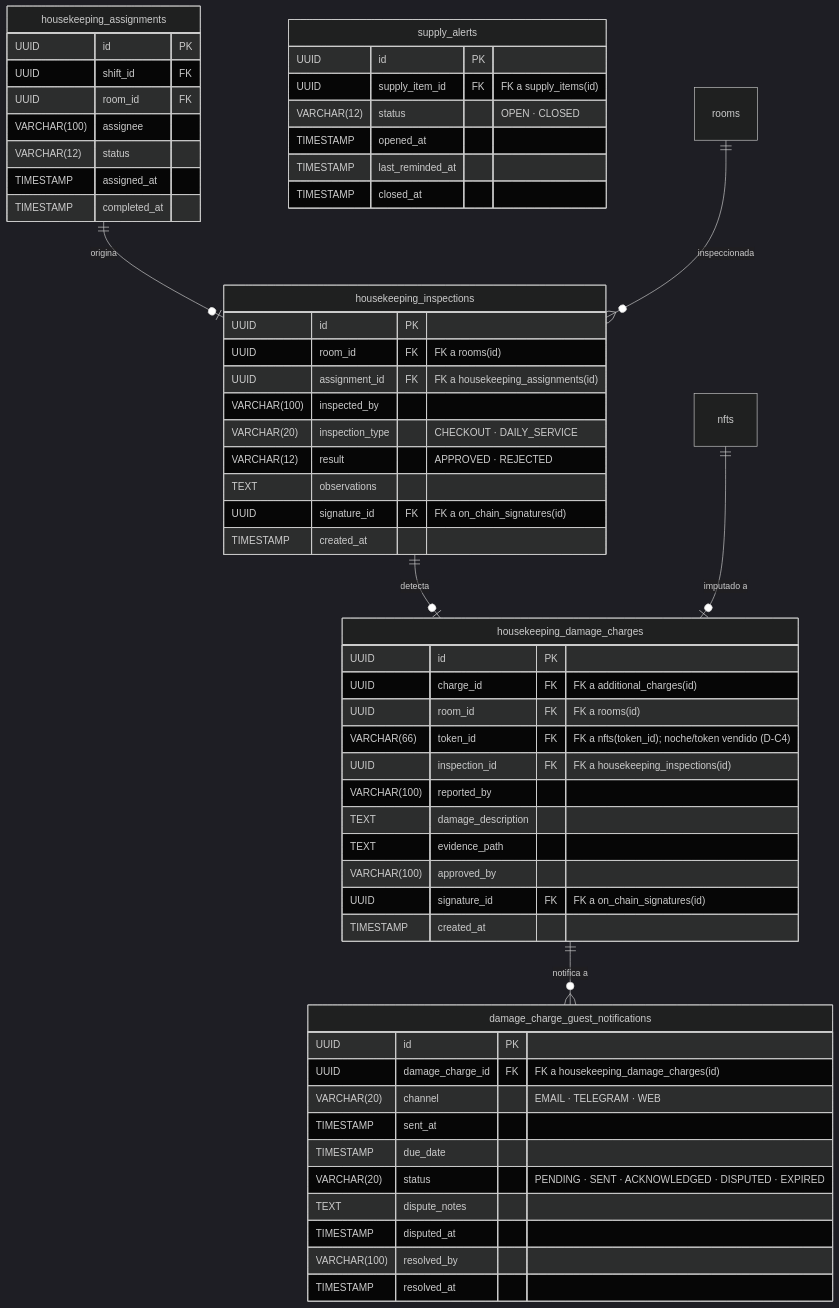
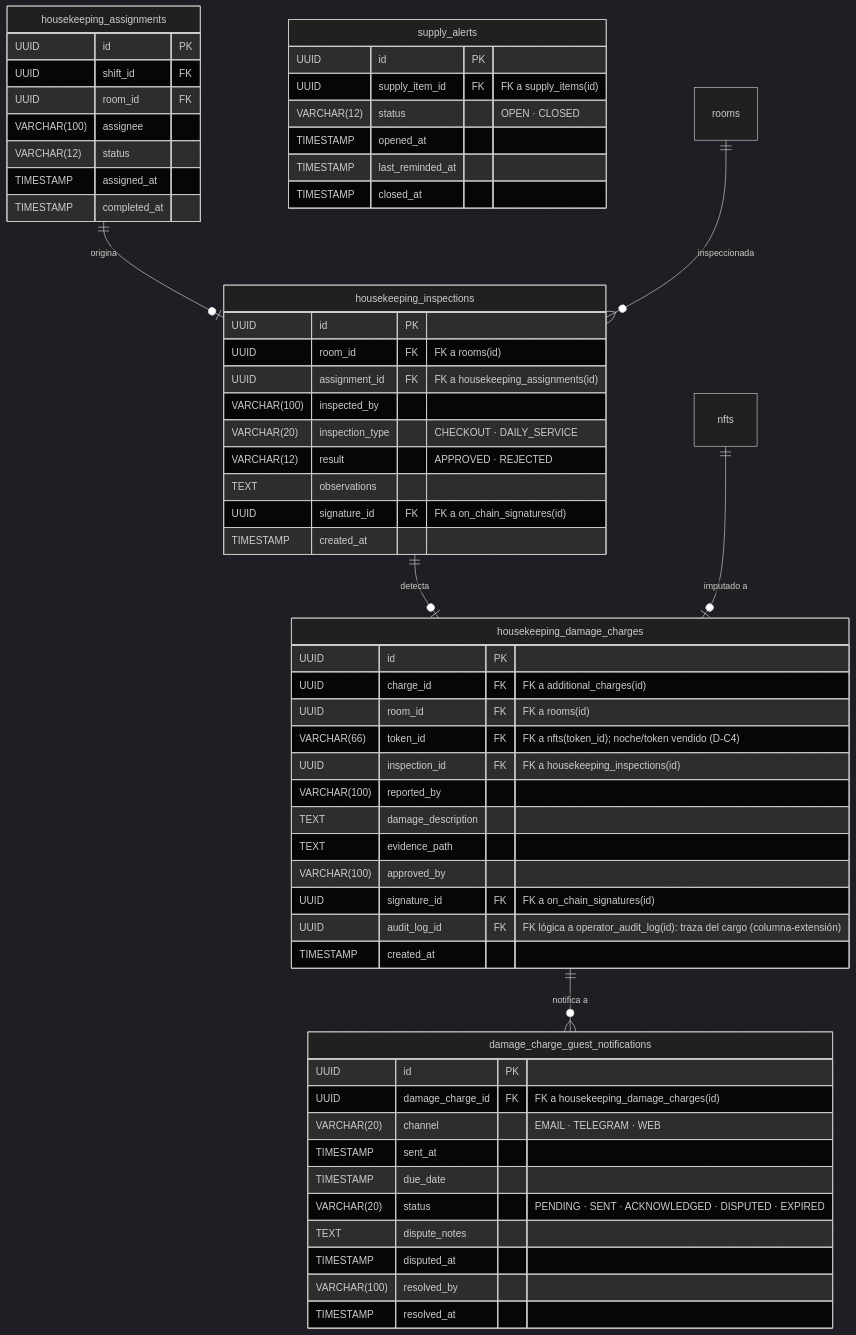
Before and after one commit to anlucorporations/hotel-room-mcp-trazable: the fifth of 5 diagrams in RepoTecnico/propuesta_vNext/diagrama_er.md, drawn with Mermaid (dark theme). The commit also changed other lines of this file and 19 other files, not shown here.

````diff
--- a/RepoTecnico/propuesta_vNext/diagrama_er.md
+++ b/RepoTecnico/propuesta_vNext/diagrama_er.md
@@ -248,66 +249,67 @@
 ```mermaid
 erDiagram
     housekeeping_assignments {
         UUID id PK
         UUID shift_id FK
         UUID room_id FK
         VARCHAR(100) assignee
         VARCHAR(12) status
         TIMESTAMP assigned_at
         TIMESTAMP completed_at
     }
 
     housekeeping_inspections {
         UUID id PK
         UUID room_id FK "FK a rooms(id)"
         UUID assignment_id FK "FK a housekeeping_assignments(id)"
         VARCHAR(100) inspected_by
         VARCHAR(20) inspection_type "CHECKOUT · DAILY_SERVICE"
         VARCHAR(12) result "APPROVED · REJECTED"
         TEXT observations
         UUID signature_id FK "FK a on_chain_signatures(id)"
         TIMESTAMP created_at
     }
 
     housekeeping_damage_charges {
         UUID id PK
         UUID charge_id FK "FK a additional_charges(id)"
         UUID room_id FK "FK a rooms(id)"
         VARCHAR(66) token_id FK "FK a nfts(token_id); noche/token vendido (D-C4)"
         UUID inspection_id FK "FK a housekeeping_inspections(id)"
         VARCHAR(100) reported_by
         TEXT damage_description
         TEXT evidence_path
         VARCHAR(100) approved_by
         UUID signature_id FK "FK a on_chain_signatures(id)"
+        UUID audit_log_id FK "FK lógica a operator_audit_log(id): traza del cargo (columna-extensión)"
         TIMESTAMP created_at
     }
 
     damage_charge_guest_notifications {
         UUID id PK
         UUID damage_charge_id FK "FK a housekeeping_damage_charges(id)"
         VARCHAR(20) channel "EMAIL · TELEGRAM · WEB"
         TIMESTAMP sent_at
         TIMESTAMP due_date
         VARCHAR(20) status "PENDING · SENT · ACKNOWLEDGED · DISPUTED · EXPIRED"
         TEXT dispute_notes
         TIMESTAMP disputed_at
         VARCHAR(100) resolved_by
         TIMESTAMP resolved_at
     }
 
     supply_alerts {
         UUID id PK
         UUID supply_item_id FK "FK a supply_items(id)"
         VARCHAR(12) status "OPEN · CLOSED"
         TIMESTAMP opened_at
         TIMESTAMP last_reminded_at
         TIMESTAMP closed_at
     }
 
     housekeeping_assignments ||--o| housekeeping_inspections : "origina"
     rooms ||--o{ housekeeping_inspections : "inspeccionada"
     housekeeping_damage_charges ||--o{ damage_charge_guest_notifications : "notifica a"
     housekeeping_inspections ||--o| housekeeping_damage_charges : "detecta"
     nfts ||--o| housekeeping_damage_charges : "imputado a"
 ```
````
